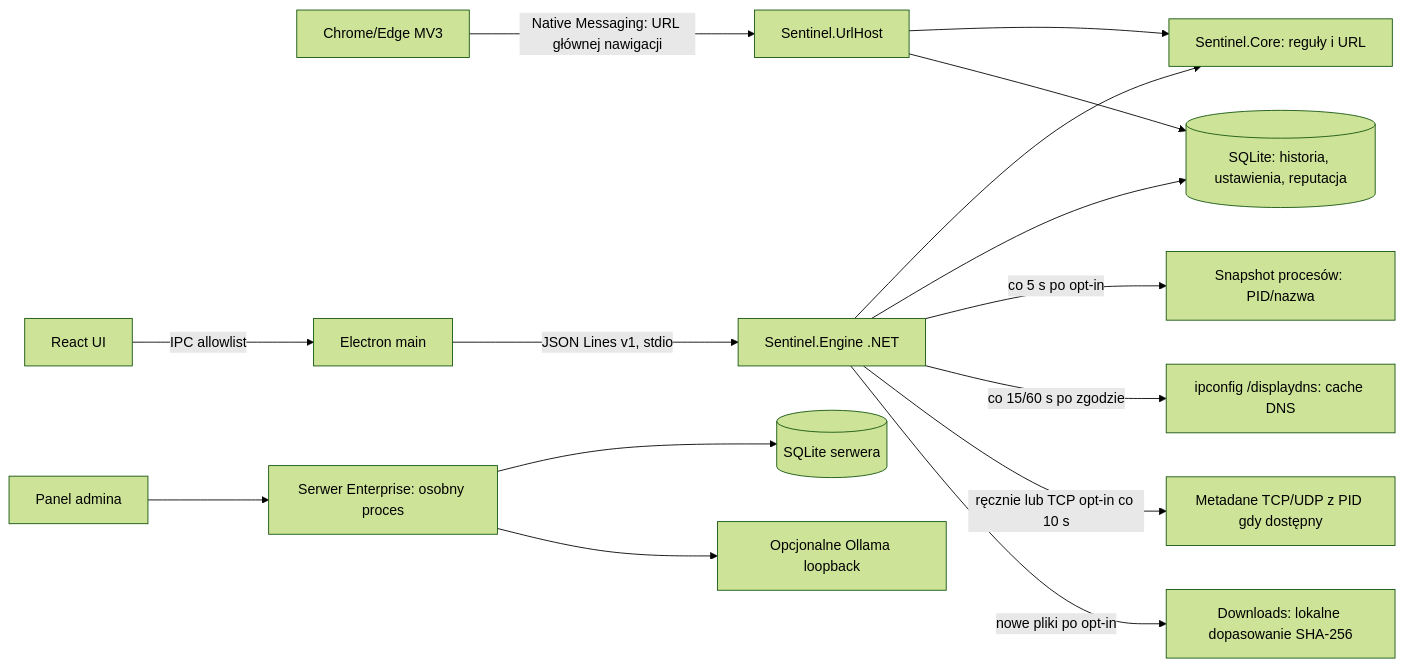
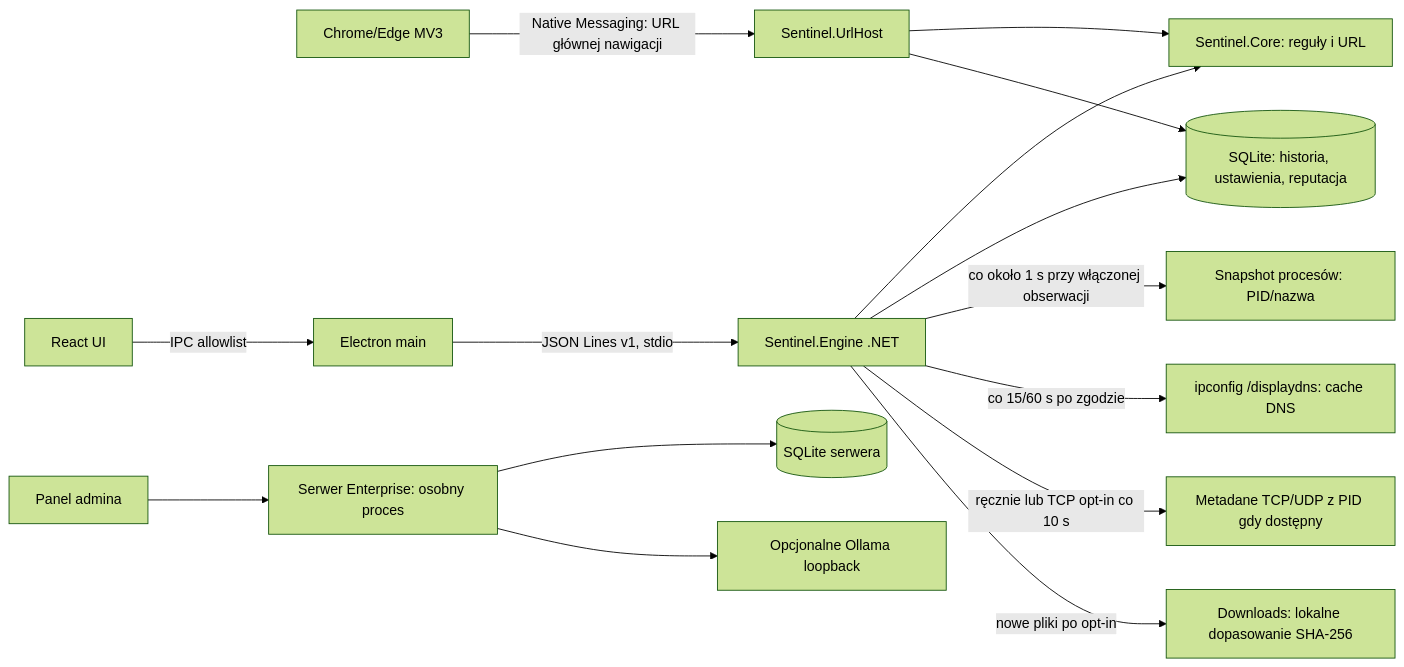
Before and after one commit to Matyyyy68/asystent: the diagram in docs/IMPLEMENTATION_GAP_ANALYSIS.md, drawn with Mermaid (forest theme). The commit also changed other lines of this file and 6 other files, not shown here.

````diff
--- a/docs/IMPLEMENTATION_GAP_ANALYSIS.md
+++ b/docs/IMPLEMENTATION_GAP_ANALYSIS.md
@@ -14,17 +14,17 @@
 ```mermaid
 flowchart LR
   B[Chrome/Edge MV3] -->|Native Messaging: URL głównej nawigacji| H[Sentinel.UrlHost]
   UI[React UI] -->|IPC allowlist| E[Electron main]
   E -->|JSON Lines v1, stdio| P[Sentinel.Engine .NET]
   P --> C[Sentinel.Core: reguły i URL]
   P --> DB[(SQLite: historia, ustawienia, reputacja)]
-  P -->|co 5 s po opt-in| PROC[Snapshot procesów: PID/nazwa]
+  P -->|co około 1 s przy włączonej obserwacji| PROC[Snapshot procesów: PID/nazwa]
   P -->|co 15/60 s po zgodzie| DNS[ipconfig /displaydns: cache DNS]
   P -->|ręcznie lub TCP opt-in co 10 s| TCP[Metadane TCP/UDP z PID gdy dostępny]
   P -->|nowe pliki po opt-in| FILE[Downloads: lokalne dopasowanie SHA-256]
   H --> C
   H --> DB
   SUI[Panel admina] --> API[Serwer Enterprise: osobny proces]
   API --> SDB[(SQLite serwera)]
   API --> AI[Opcjonalne Ollama loopback]
 ```
````
